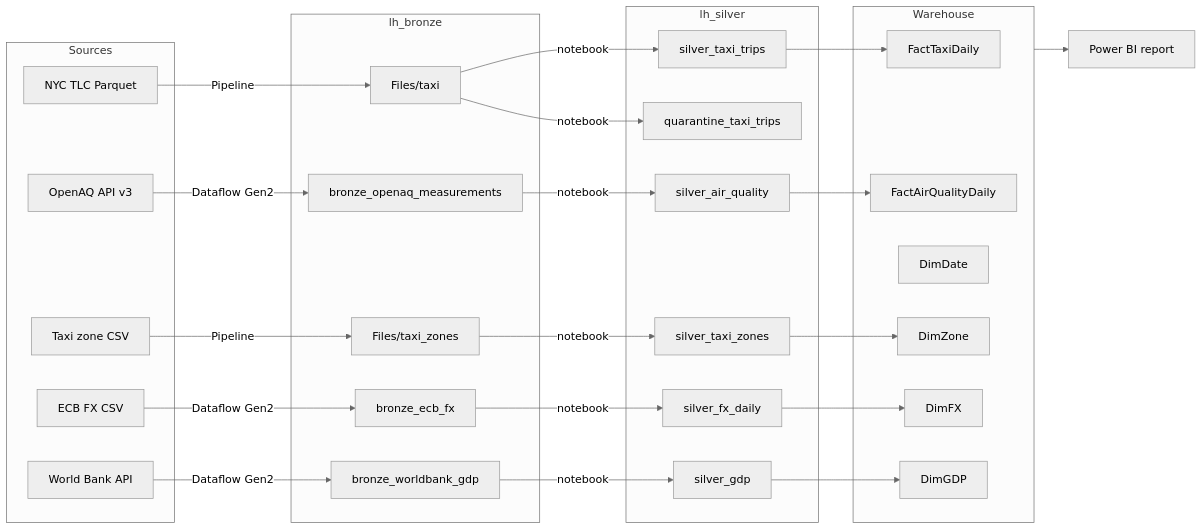
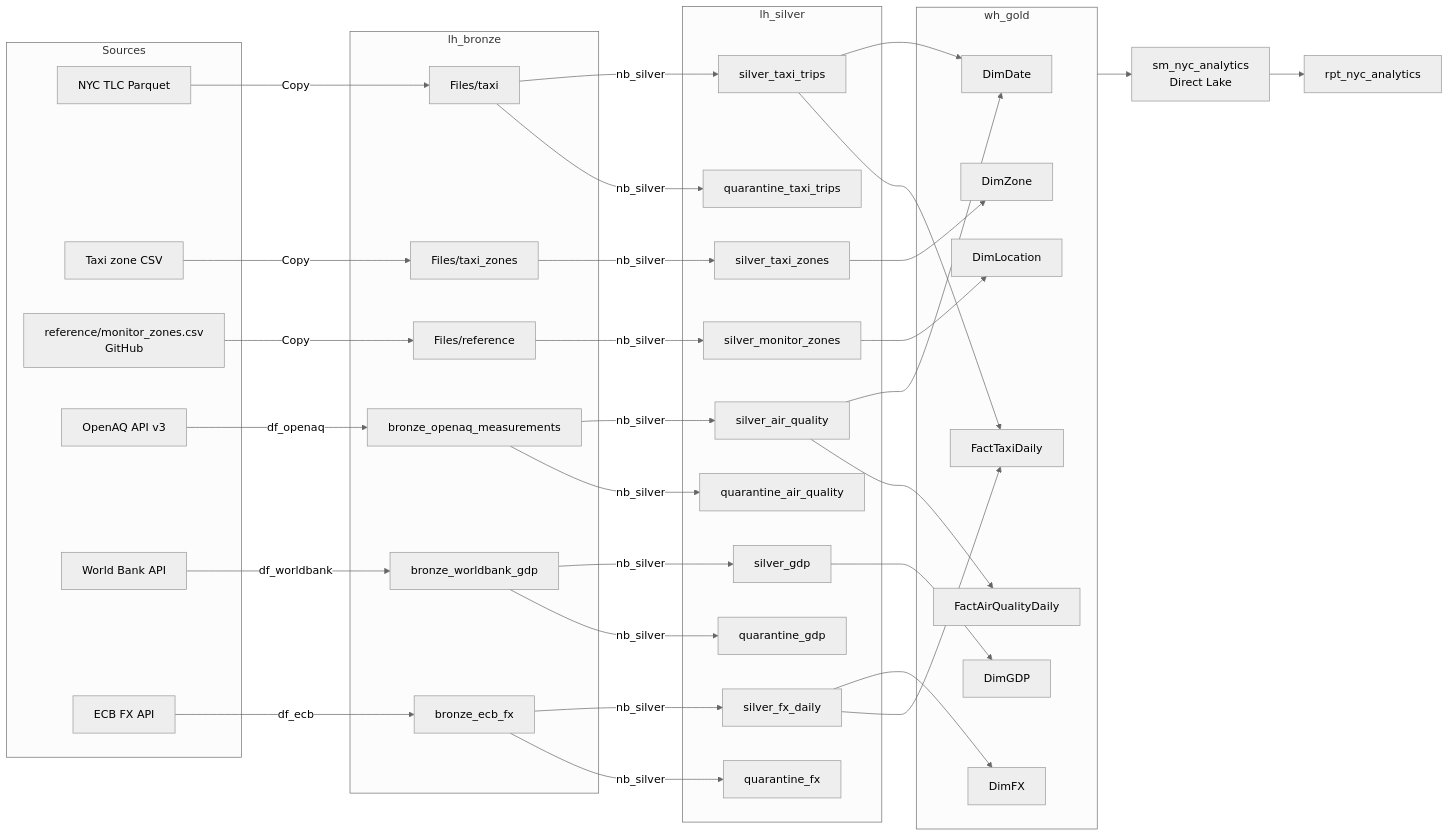
Before and after one commit to azizbekb/fabric-nyc-analytics: the diagram in docs/lineage.md, drawn with Mermaid (neutral theme). The commit also changed other lines of this file and 2 other files, not shown here.

Commit message:
Docs: lineage as built, how to add a new source, Bronze and semantic model in data dictionary

````diff
--- a/docs/lineage.md
+++ b/docs/lineage.md
@@ -5,56 +6,67 @@
 ```mermaid
 flowchart LR
   subgraph Sources
     TLC[NYC TLC Parquet]
     ZONES[Taxi zone CSV]
+    MON[reference/monitor_zones.csv<br/>GitHub]
     OAQ[OpenAQ API v3]
     WB[World Bank API]
-    ECB[ECB FX CSV]
+    ECB[ECB FX API]
   end
 
   subgraph Bronze[lh_bronze]
     B_TAXI[Files/taxi]
     B_ZONES[Files/taxi_zones]
+    B_MON[Files/reference]
     B_OAQ[bronze_openaq_measurements]
     B_WB[bronze_worldbank_gdp]
     B_ECB[bronze_ecb_fx]
   end
 
   subgraph Silver[lh_silver]
     S_TAXI[silver_taxi_trips]
     Q_TAXI[quarantine_taxi_trips]
     S_ZONES[silver_taxi_zones]
+    S_MON[silver_monitor_zones]
     S_AQ[silver_air_quality]
+    Q_AQ[quarantine_air_quality]
     S_GDP[silver_gdp]
+    Q_GDP[quarantine_gdp]
     S_FX[silver_fx_daily]
+    Q_FX[quarantine_fx]
   end
 
-  subgraph Gold[Warehouse]
+  subgraph Gold[wh_gold]
+    D_DATE[DimDate]
+    D_ZONE[DimZone]
+    D_LOC[DimLocation]
+    D_FX[DimFX]
+    D_GDP[DimGDP]
     F_TAXI[FactTaxiDaily]
     F_AQ[FactAirQualityDaily]
-    D_DATE[DimDate]
-    D_ZONE[DimZone]
-    D_FX[DimFX]
-    D_GDP[DimGDP]
   end
 
-  TLC -- Pipeline --> B_TAXI
-  ZONES -- Pipeline --> B_ZONES
-  OAQ -- Dataflow Gen2 --> B_OAQ
-  WB -- Dataflow Gen2 --> B_WB
-  ECB -- Dataflow Gen2 --> B_ECB
+  TLC -- Copy --> B_TAXI
+  ZONES -- Copy --> B_ZONES
+  MON -- Copy --> B_MON
+  OAQ -- df_openaq --> B_OAQ
+  WB -- df_worldbank --> B_WB
+  ECB -- df_ecb --> B_ECB
 
-  B_TAXI -- notebook --> S_TAXI & Q_TAXI
-  B_ZONES -- notebook --> S_ZONES
-  B_OAQ -- notebook --> S_AQ
-  B_WB -- notebook --> S_GDP
-  B_ECB -- notebook --> S_FX
+  B_TAXI -- nb_silver --> S_TAXI & Q_TAXI
+  B_ZONES -- nb_silver --> S_ZONES
+  B_MON -- nb_silver --> S_MON
+  B_OAQ -- nb_silver --> S_AQ & Q_AQ
+  B_WB -- nb_silver --> S_GDP & Q_GDP
+  B_ECB -- nb_silver --> S_FX & Q_FX
 
-  S_TAXI --> F_TAXI
+  S_TAXI & S_AQ --> D_DATE
   S_ZONES --> D_ZONE
-  S_AQ --> F_AQ
+  S_MON --> D_LOC
   S_FX --> D_FX
   S_GDP --> D_GDP
+  S_TAXI & S_FX --> F_TAXI
+  S_AQ --> F_AQ
 
-  Gold --> PBI[Power BI report]
+  Gold --> SM[sm_nyc_analytics<br/>Direct Lake] --> RPT[rpt_nyc_analytics]
 ```
````
